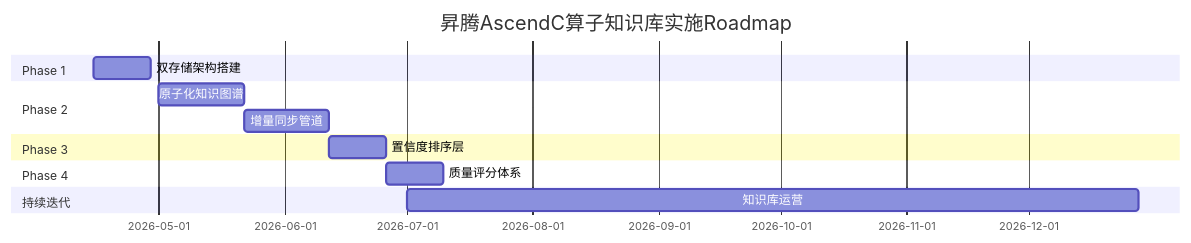
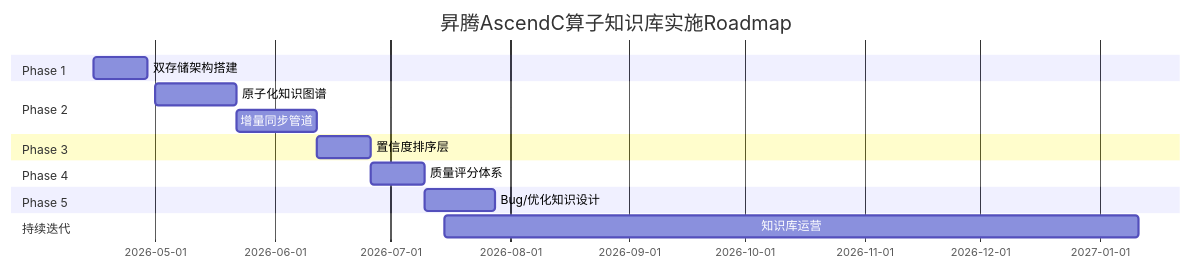
One commit to SimmerChan/asc_ops changed the first of 2 diagrams in docs/roadmap/2026-04-09-ascendc-knowledge-base-implementation-roadmap.md. Above: the diagram before and after it, drawn with Mermaid. The commit also changed other lines of this file and 1 other file, not shown here.

````diff
--- a/docs/roadmap/2026-04-09-ascendc-knowledge-base-implementation-roadmap.md
+++ b/docs/roadmap/2026-04-09-ascendc-knowledge-base-implementation-roadmap.md
@@ -101,16 +101,18 @@
 ```mermaid
 gantt
     title 昇腾AscendC算子知识库实施Roadmap
     dateFormat  YYYY-MM-DD
     section Phase 1
     双存储架构搭建         :a1, 2026-04-15, 14d
     section Phase 2
     原子化知识图谱         :a2, 2026-05-01, 21d
     增量同步管道           :a3, after a2, 21d
     section Phase 3
     置信度排序层           :a4, after a3, 14d
     section Phase 4
     质量评分体系           :a5, after a4, 14d
+    section Phase 5
+    Bug/优化知识设计       :a6, after a5, 18d
     section 持续迭代
-    知识库运营             :2026-07-01, 180d
+    知识库运营             :2026-07-15, 180d
 ```
````
